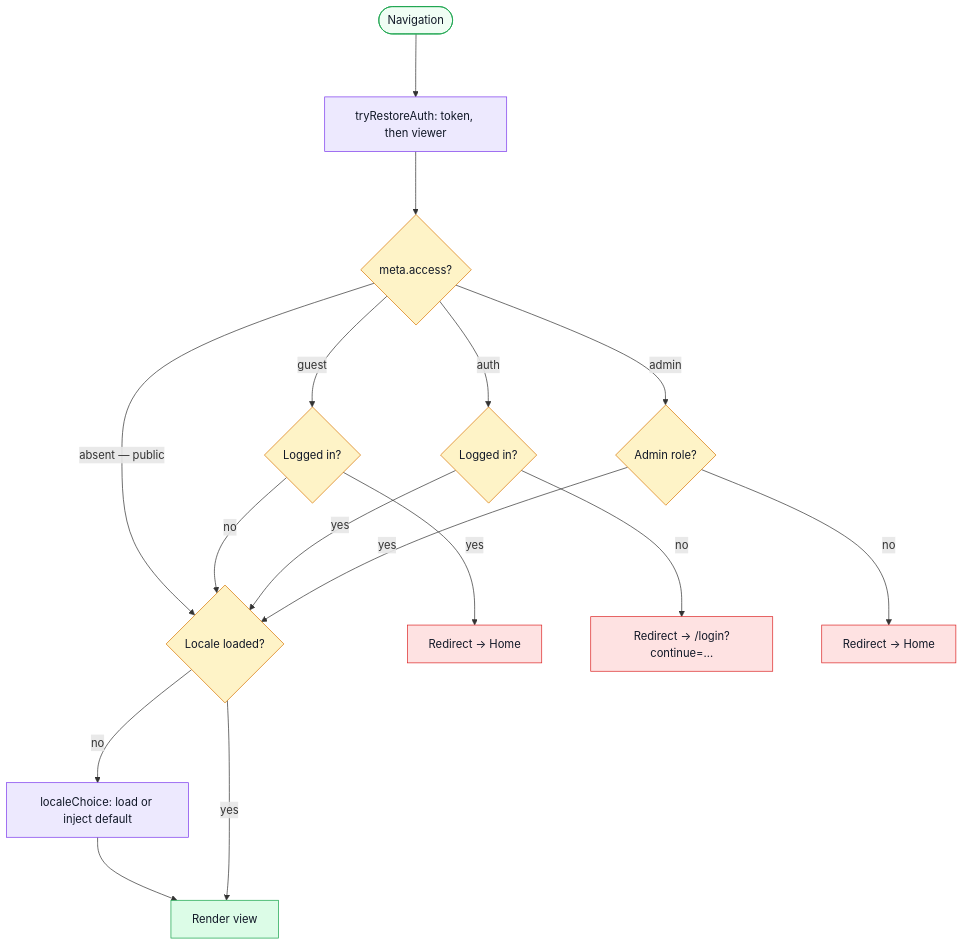
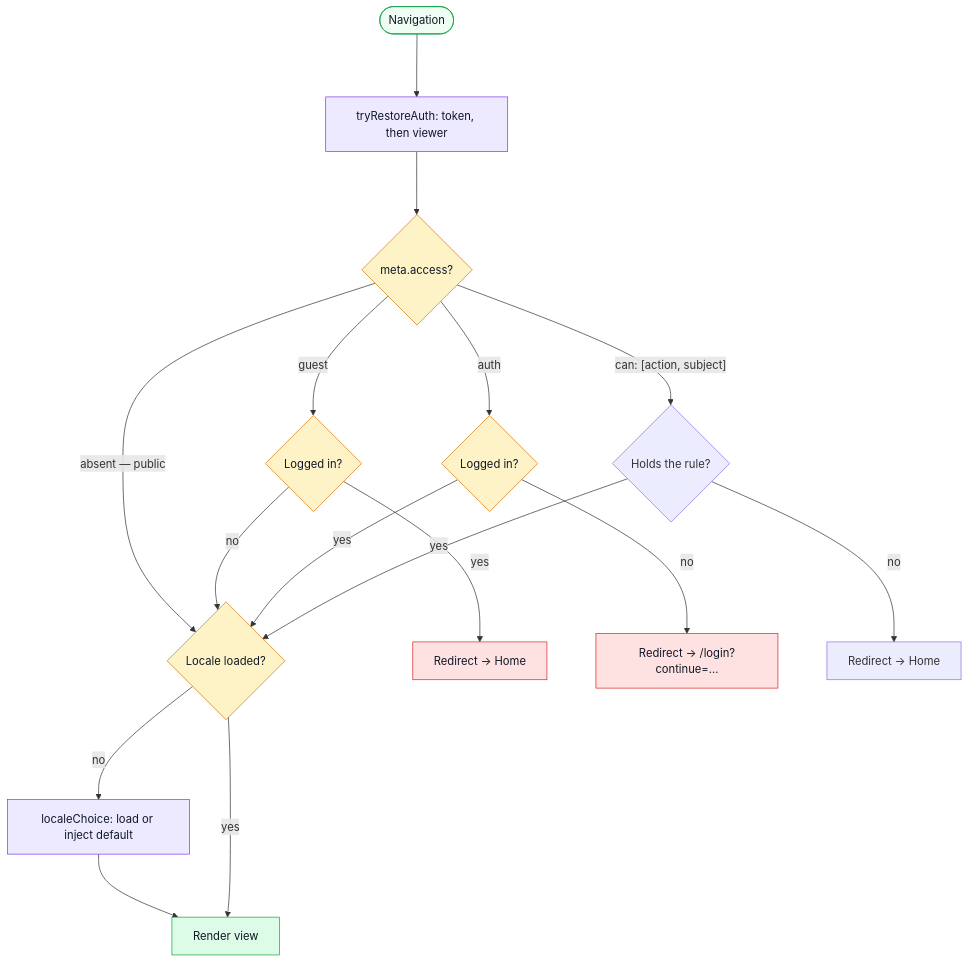
The diagram in docs/theory/sitemap.md (Guebbit/boilerplate-vue-frontend), drawn with Mermaid before and after one commit. The commit also changed other lines of this file and 22 other files, not shown here.

````diff
--- a/docs/theory/sitemap.md
+++ b/docs/theory/sitemap.md
@@ -79,36 +83,36 @@
 ```mermaid
 %%{init: {'flowchart': {'nodeSpacing': 70, 'rankSpacing': 90}}}%%
 flowchart TD
     Nav([Navigation]) --> Restore[tryRestoreAuth: token, then viewer]
     Restore --> Guard{meta.access?}
 
     Guard -->|absent — public| Locale
 
     Guard -->|guest| GuestCheck{Logged in?}
     GuestCheck -- yes --> GuestHome[Redirect → Home]
     GuestCheck -- no --> Locale
 
     Guard -->|auth| AuthCheck{Logged in?}
     AuthCheck -- no --> AuthLogin[Redirect → /login?continue=…]
     AuthCheck -- yes --> Locale
 
-    Guard -->|admin| AdminCheck{Admin role?}
-    AdminCheck -- no --> AdminHome[Redirect → Home]
-    AdminCheck -- yes --> Locale
+    Guard -->|"can: [action, subject]"| RuleCheck{"Holds the rule?"}
+    RuleCheck -- no --> RuleHome[Redirect → Home]
+    RuleCheck -- yes --> Locale
 
     Locale{Locale loaded?} -- no --> Inject[localeChoice: load or inject default]
     Inject --> View[Render view]
     Locale -- yes --> View
 
     classDef entry fill:#f0fdf4,stroke:#16a34a,color:#111827;
     classDef decision fill:#fef3c7,stroke:#d97706,color:#111827;
     classDef guard fill:#ede9fe,stroke:#7c3aed,color:#111827;
     classDef success fill:#dcfce7,stroke:#16a34a,color:#111827;
     classDef redirect fill:#fee2e2,stroke:#dc2626,color:#111827;
 
     class Nav entry;
     class Guard,GuestCheck,AuthCheck,AdminCheck,Locale decision;
     class Restore,Inject guard;
     class View success;
     class GuestHome,AdminHome,AuthLogin redirect;
 ```
````
